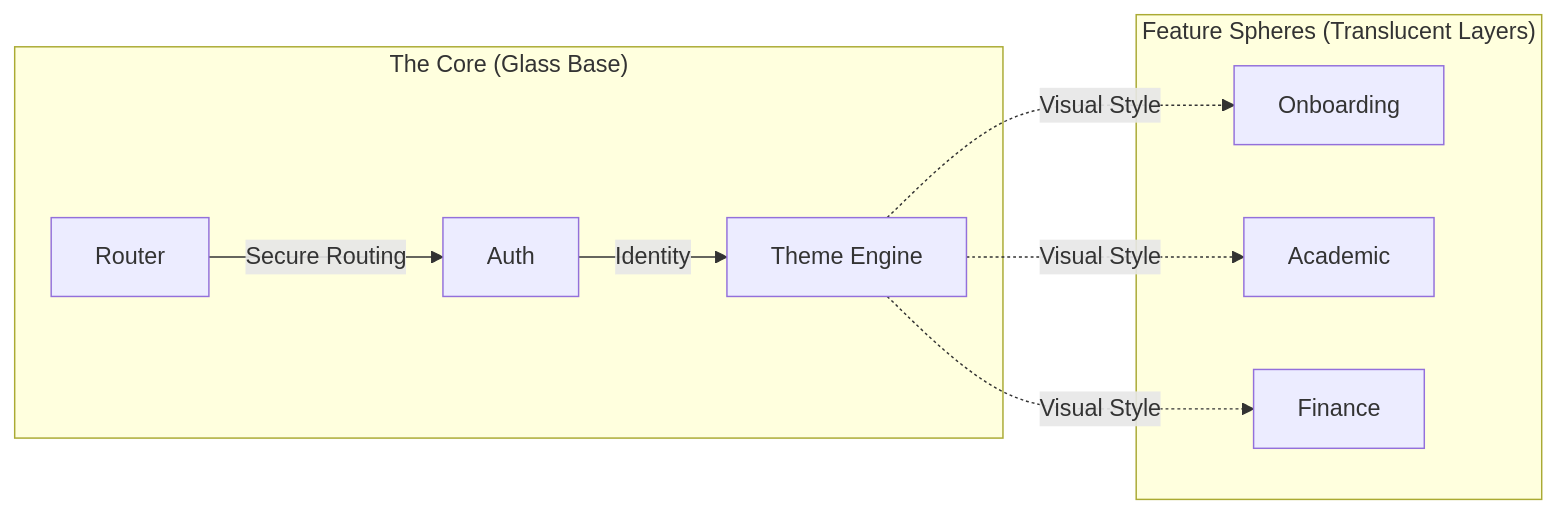
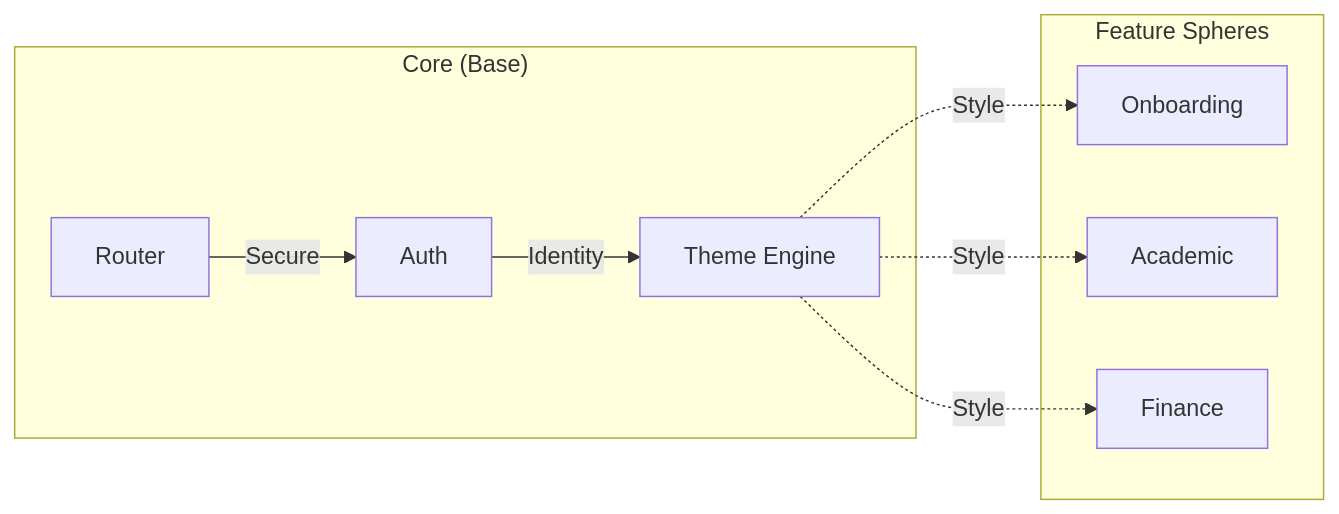
One commit to AXE-Hex/Horus changed the diagram in README.md. Above: the diagram before and after it, drawn with Mermaid. The commit also changed other lines of this file and 139 other files, not shown here.

````diff
--- a/README.md
+++ b/README.md
@@ -27,15 +32,15 @@
 ```mermaid
 graph LR
-    subgraph "The Core (Glass Base)"
-    A[Router] -- "Secure Routing" --> B[Auth]
+    subgraph "Core (Base)"
+    A[Router] -- "Secure" --> B[Auth]
     B -- "Identity" --> C[Theme Engine]
     end
-    subgraph "Feature Spheres (Translucent Layers)"
+    subgraph "Feature Spheres"
     D[Onboarding]
     E[Academic]
     F[Finance]
     end
-    C -. "Visual Style" .-> D
-    C -. "Visual Style" .-> E
-    C -. "Visual Style" .-> F
+    C -. "Style" .-> D
+    C -. "Style" .-> E
+    C -. "Style" .-> F
 ```
````
